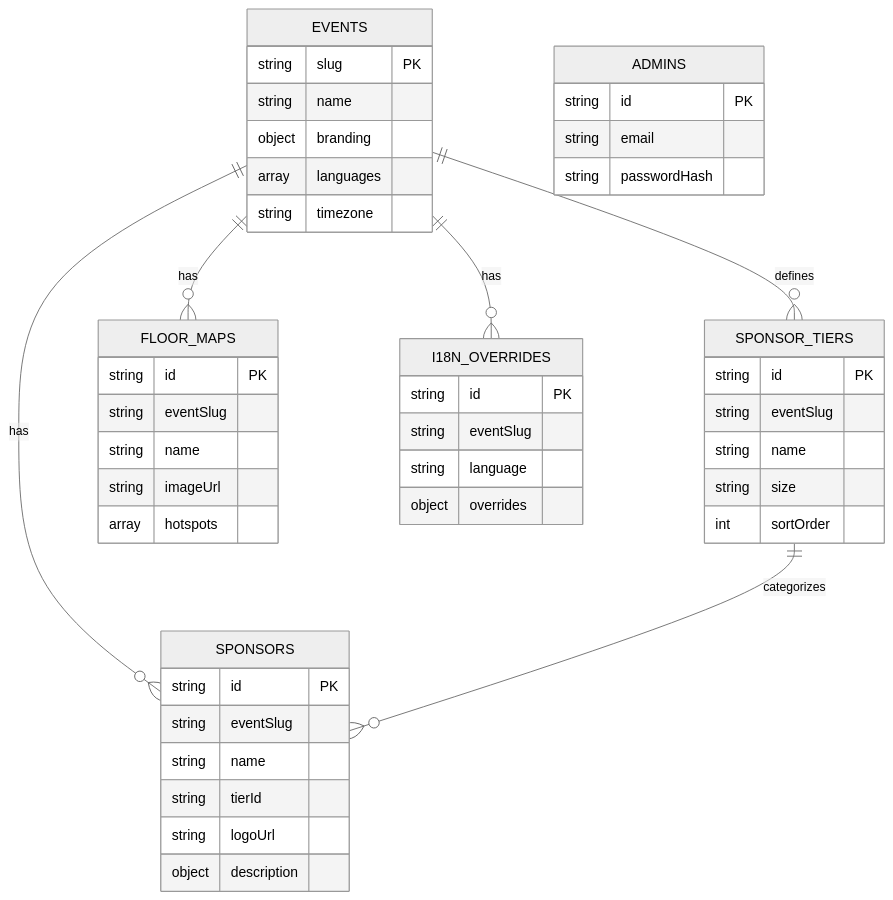
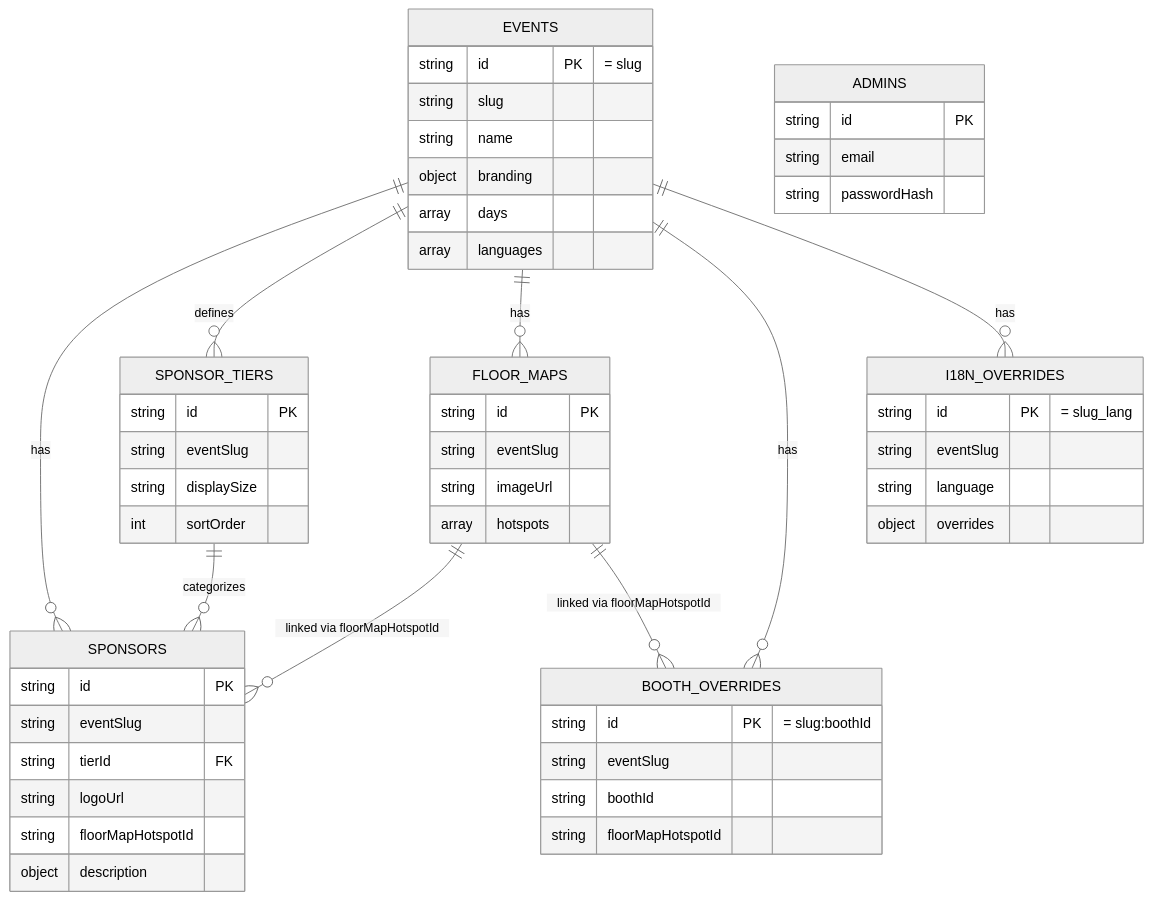
The fourth of 4 diagrams in docs/architecture.md (expertslive/ziggy), drawn with Mermaid (neutral theme) before and after one commit. The commit also changed other lines of this file and 10 other files, not shown here.

First line of the commit message:
docs: comprehensive refresh — architecture, security, data model, state management, lessons

````diff
--- a/docs/architecture.md
+++ b/docs/architecture.md
@@ -74,49 +141,57 @@
 ```mermaid
 erDiagram
     EVENTS {
-        string slug PK
+        string id PK "= slug"
+        string slug
         string name
         object branding
+        array days
         array languages
-        string timezone
     }
     SPONSORS {
         string id PK
         string eventSlug
-        string name
-        string tierId
+        string tierId FK
         string logoUrl
+        string floorMapHotspotId
         object description
     }
     SPONSOR_TIERS {
         string id PK
         string eventSlug
-        string name
-        string size
+        string displaySize
         int sortOrder
     }
     FLOOR_MAPS {
         string id PK
         string eventSlug
-        string name
         string imageUrl
         array hotspots
     }
+    BOOTH_OVERRIDES {
+        string id PK "= slug:boothId"
+        string eventSlug
+        string boothId
+        string floorMapHotspotId
+    }
     I18N_OVERRIDES {
-        string id PK
+        string id PK "= slug_lang"
         string eventSlug
         string language
         object overrides
     }
     ADMINS {
         string id PK
         string email
         string passwordHash
     }
 
     EVENTS ||--o{ SPONSORS : has
     EVENTS ||--o{ SPONSOR_TIERS : defines
     EVENTS ||--o{ FLOOR_MAPS : has
+    EVENTS ||--o{ BOOTH_OVERRIDES : has
     EVENTS ||--o{ I18N_OVERRIDES : has
     SPONSOR_TIERS ||--o{ SPONSORS : categorizes
+    FLOOR_MAPS ||--o{ SPONSORS : "linked via floorMapHotspotId"
+    FLOOR_MAPS ||--o{ BOOTH_OVERRIDES : "linked via floorMapHotspotId"
 ```
````
